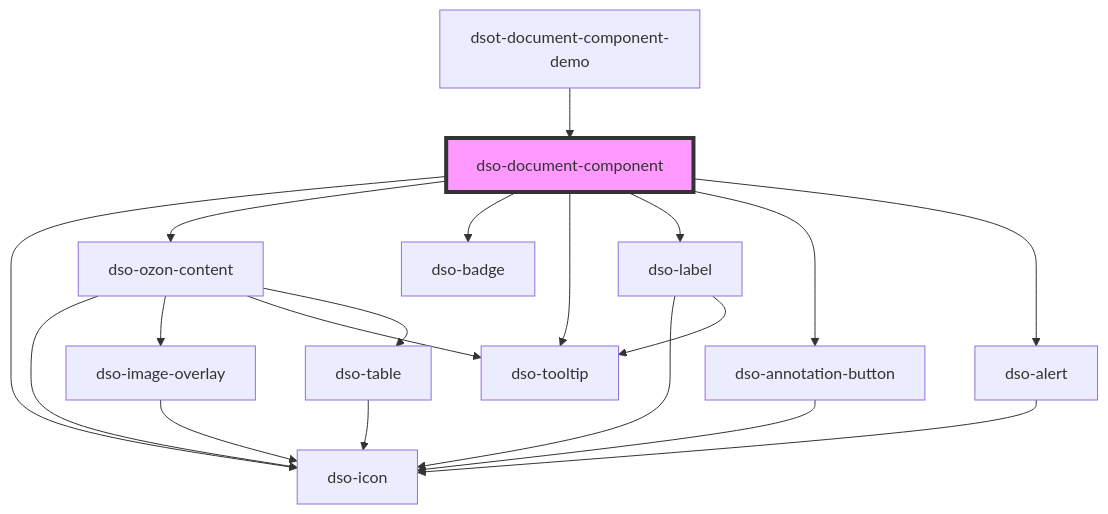
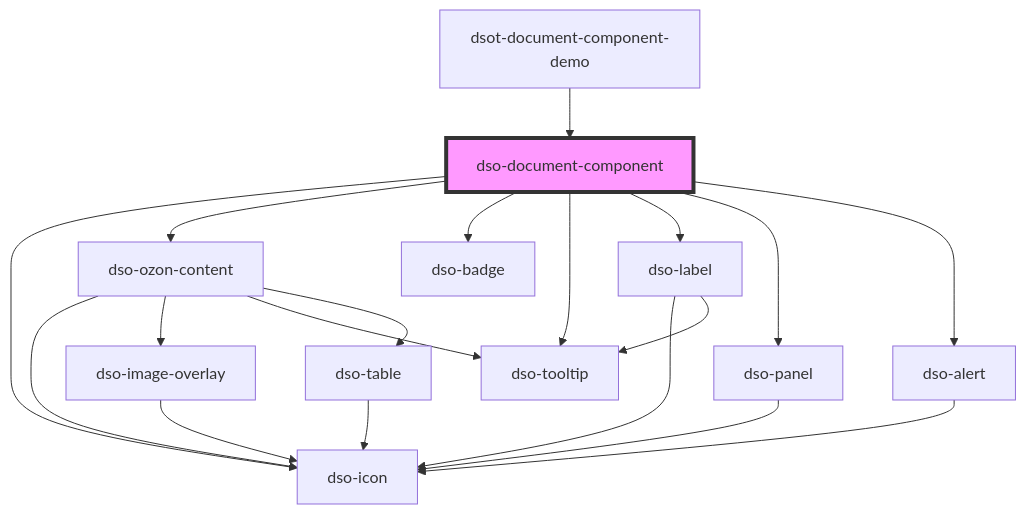
Before and after one commit to dso-toolkit/dso-toolkit: the diagram in packages/core/src/components/document-component/readme.md, drawn with Mermaid. The commit also changed other lines of this file and 32 other files, not shown here.

Commit message:
#2765 [Changed] Document Component: Panel implementeren

````diff
--- a/packages/core/src/components/document-component/readme.md
+++ b/packages/core/src/components/document-component/readme.md
@@ -71,22 +71,22 @@
 ```mermaid
 graph TD;
   dso-document-component --> dso-icon
   dso-document-component --> dso-ozon-content
   dso-document-component --> dso-badge
   dso-document-component --> dso-tooltip
   dso-document-component --> dso-label
-  dso-document-component --> dso-annotation-button
+  dso-document-component --> dso-panel
   dso-document-component --> dso-alert
   dso-ozon-content --> dso-icon
   dso-ozon-content --> dso-image-overlay
   dso-ozon-content --> dso-tooltip
   dso-ozon-content --> dso-table
   dso-image-overlay --> dso-icon
   dso-table --> dso-icon
   dso-label --> dso-icon
   dso-label --> dso-tooltip
-  dso-annotation-button --> dso-icon
+  dso-panel --> dso-icon
   dso-alert --> dso-icon
   dsot-document-component-demo --> dso-document-component
   style dso-document-component fill:#f9f,stroke:#333,stroke-width:4px
 ```
````
